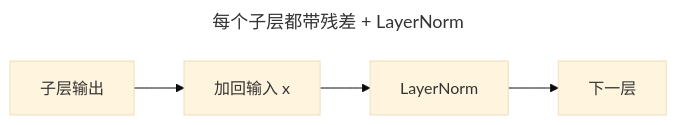
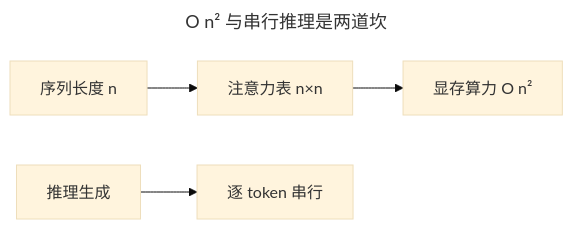
Before and after one commit to Joneyao/dl-from-scratch: the sixth of 8 diagrams in docs/articles/20-transformer.md, drawn with Mermaid (base theme). The commit also changed other lines of this file and 20 other files, not shown here.

Commit message:
docs(dl): 22篇深度扩写（8层模板）+ mermaid修复

````diff
--- a/docs/articles/20-transformer.md
+++ b/docs/articles/20-transformer.md
@@ -54,9 +127,9 @@
 ```mermaid
 ---
-title: 每个子层都带残差 + LayerNorm
+title: O n² 与串行推理是两道坎
 ---
 flowchart LR
-    A[子层输出] --> B[加回输入 x]
-    B --> C[LayerNorm]
-    C --> D[下一层]
+    A[序列长度 n] --> B[注意力表 n×n]
+    B --> C[显存算力 O n²]
+    D[推理生成] --> E[逐 token 串行]
 ```
````
